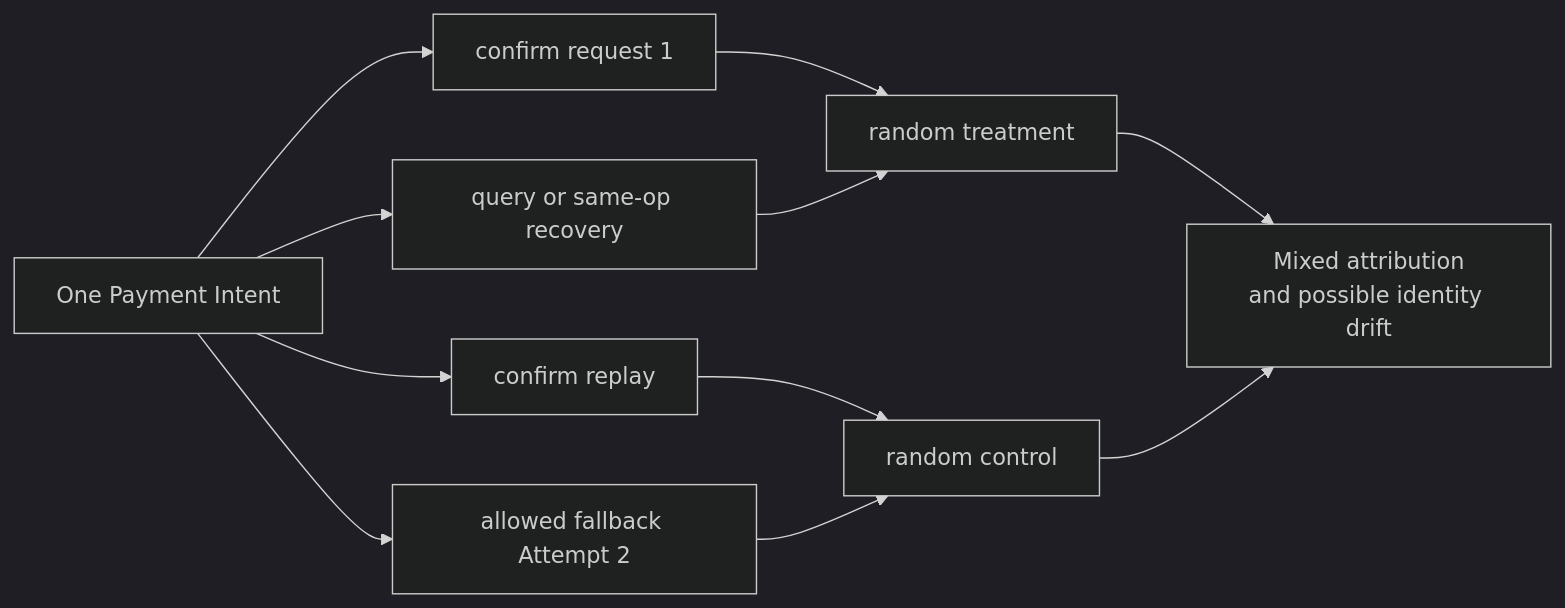
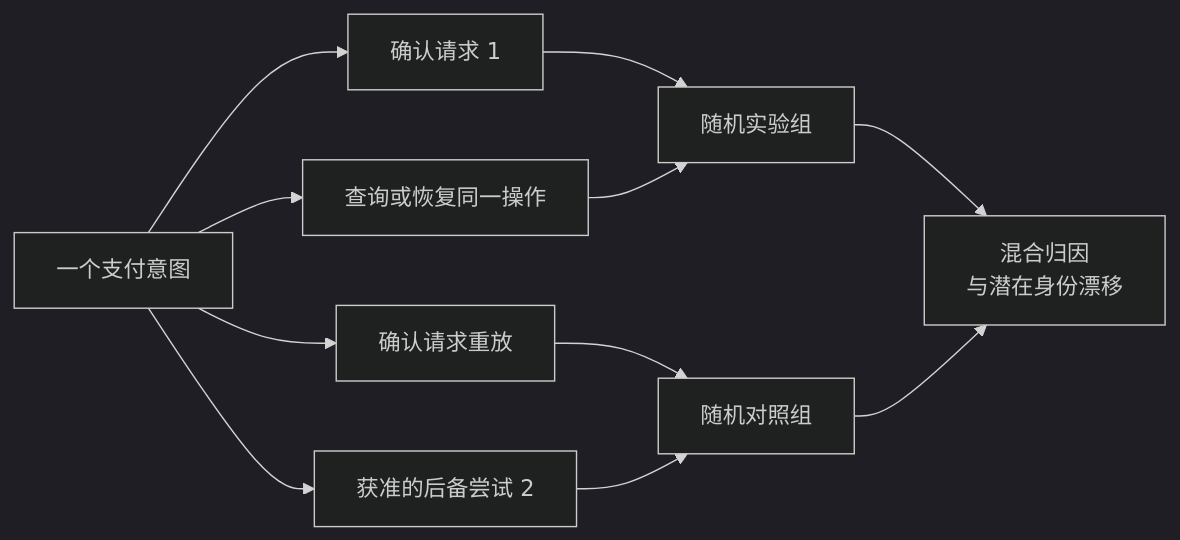
One commit to YouEclipse/Designing-Modern-Payment-Systems changed the first of 3 diagrams in part-4-operating-at-scale/experimentation.md. Above: the diagram before and after it, drawn with Mermaid (dark theme). The commit also changed other lines of this file and 59 other files, not shown here.

````diff
--- a/part-4-operating-at-scale/experimentation.md
+++ b/part-4-operating-at-scale/experimentation.md
@@ -34,13 +34,13 @@
 ```mermaid
 flowchart LR
-    I["One Payment Intent"] --> C1["confirm request 1"]
-    I --> C2["confirm replay"]
-    I --> Q["query or same-op recovery"]
-    I --> F["allowed fallback Attempt 2"]
-    C1 --> T["random treatment"]
-    C2 --> C["random control"]
+    I["一个支付意图"] --> C1["确认请求 1"]
+    I --> C2["确认请求重放"]
+    I --> Q["查询或恢复同一操作"]
+    I --> F["获准的后备尝试 2"]
+    C1 --> T["随机实验组"]
+    C2 --> C["随机对照组"]
     Q --> T
     F --> C
-    T --> Bad["Mixed attribution<br/>and possible identity drift"]
+    T --> Bad["混合归因<br/>与潜在身份漂移"]
     C --> Bad
 ```
````
